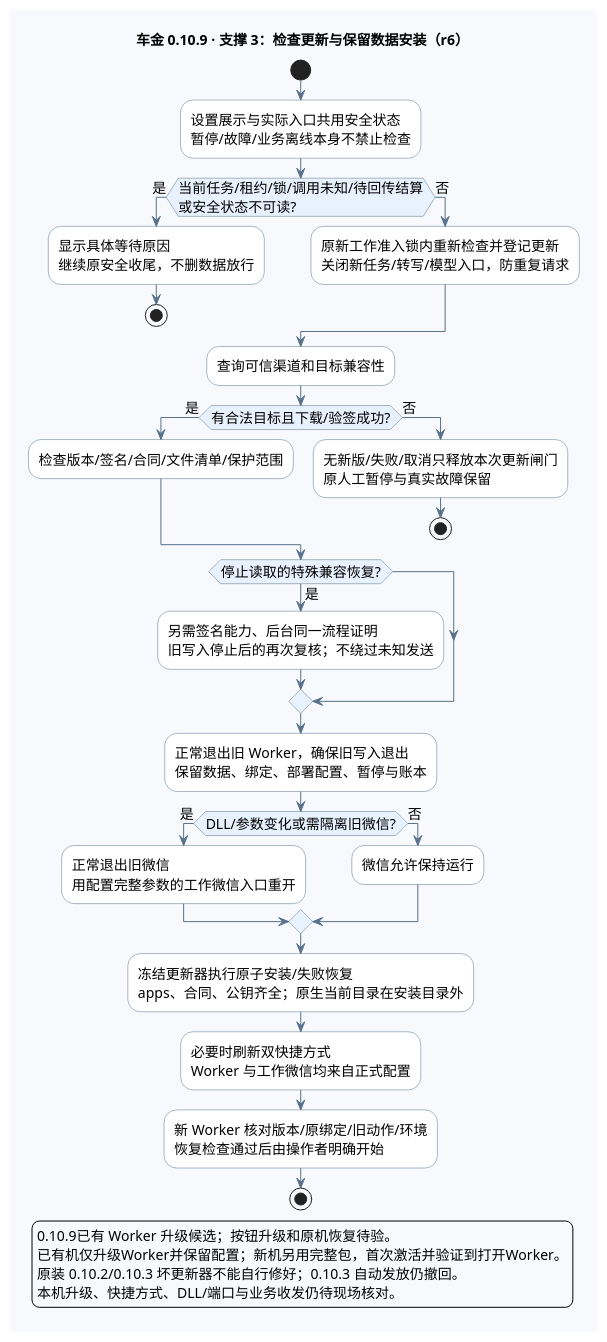
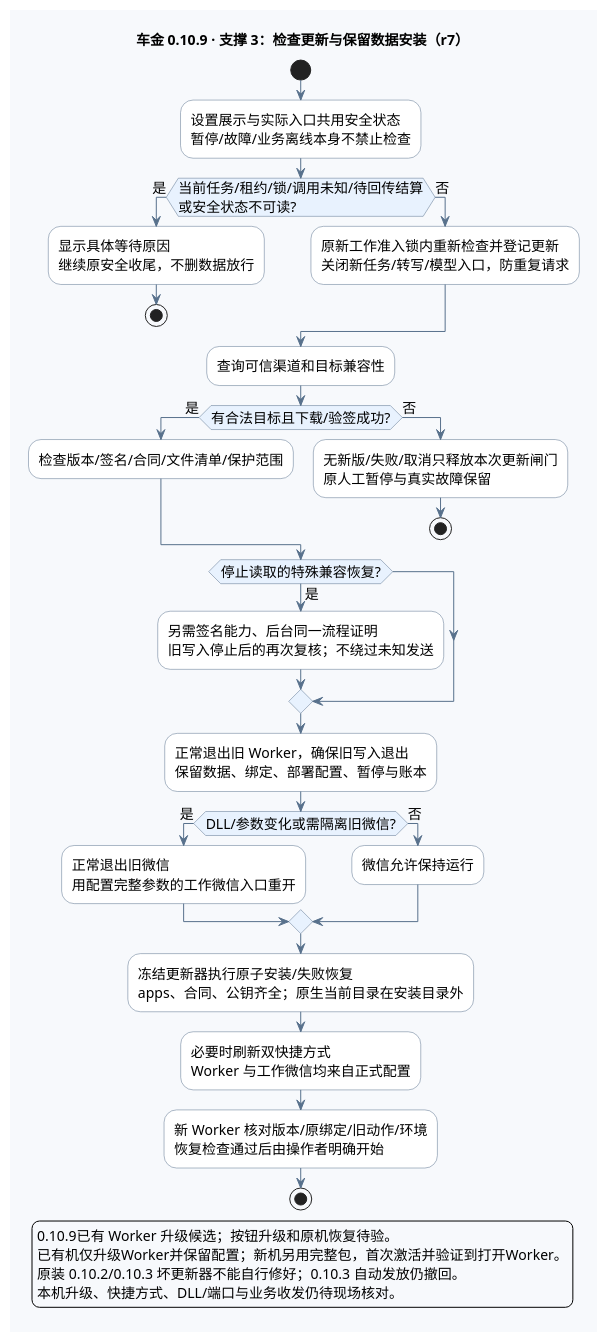
The fourth of 6 diagrams in deliverables/AI智能客服售前跟进系统_全流程图_v0.10.9.puml (edwardzhang0304/chejin-ai-sales), drawn with PlantUML before and after one commit. The commit also changed other lines of this file and 25 other files, not shown here.

```diff
--- a/deliverables/AI智能客服售前跟进系统_全流程图_v0.10.9.puml
+++ b/deliverables/AI智能客服售前跟进系统_全流程图_v0.10.9.puml
@@ -296,60 +306,60 @@
 @startuml update
 !pragma layout smetana
 skinparam defaultFontName "PingFang SC"
 skinparam defaultFontSize 14
 skinparam backgroundColor #F7F9FC
 skinparam shadowing false
 skinparam activityBackgroundColor #FFFFFF
 skinparam activityBorderColor #58718C
 skinparam activityDiamondBackgroundColor #E8F2FE
 skinparam activityDiamondBorderColor #58718C
 skinparam ArrowColor #58718C
 skinparam noteBackgroundColor #FFF4D9
 skinparam noteBorderColor #CDA556
-title 车金 0.10.9 · 支撑 3：检查更新与保留数据安装（r6）
+title 车金 0.10.9 · 支撑 3：检查更新与保留数据安装（r7）
 start
 :设置展示与实际入口共用安全状态
 暂停/故障/业务离线本身不禁止检查;
 if (当前任务/租约/锁/调用未知/待回传结算
 或安全状态不可读?) then (是)
   :显示具体等待原因
 继续原安全收尾，不删数据放行;
   stop
 else (否)
   :原新工作准入锁内重新检查并登记更新
 关闭新任务/转写/模型入口，防重复请求;
 endif
 :查询可信渠道和目标兼容性;
 if (有合法目标且下载/验签成功?) then (是)
   :检查版本/签名/合同/文件清单/保护范围;
 else (否)
   :无新版/失败/取消只释放本次更新闸门
 原人工暂停与真实故障保留;
   stop
 endif
 if (停止读取的特殊兼容恢复?) then (是)
   :另需签名能力、后台同一流程证明
 旧写入停止后的再次复核；不绕过未知发送;
 endif
 :正常退出旧 Worker，确保旧写入退出
 保留数据、绑定、部署配置、暂停与账本;
 if (DLL/参数变化或需隔离旧微信?) then (是)
   :正常退出旧微信
 用配置完整参数的工作微信入口重开;
 else (否)
   :微信允许保持运行;
 endif
 :冻结更新器执行原子安装/失败恢复
 apps、合同、公钥齐全；原生当前目录在安装目录外;
 :必要时刷新双快捷方式
 Worker 与工作微信均来自正式配置;
 :新 Worker 核对版本/原绑定/旧动作/环境
 恢复检查通过后由操作者明确开始;
 stop
 legend bottom
 0.10.9已有 Worker 升级候选；按钮升级和原机恢复待验。
 已有机仅升级Worker并保留配置；新机另用完整包，首次激活并验证到打开Worker。
 原装 0.10.2/0.10.3 坏更新器不能自行修好；0.10.3 自动发放仍撤回。
 本机升级、快捷方式、DLL/端口与业务收发仍待现场核对。
 endlegend
 @enduml
```
